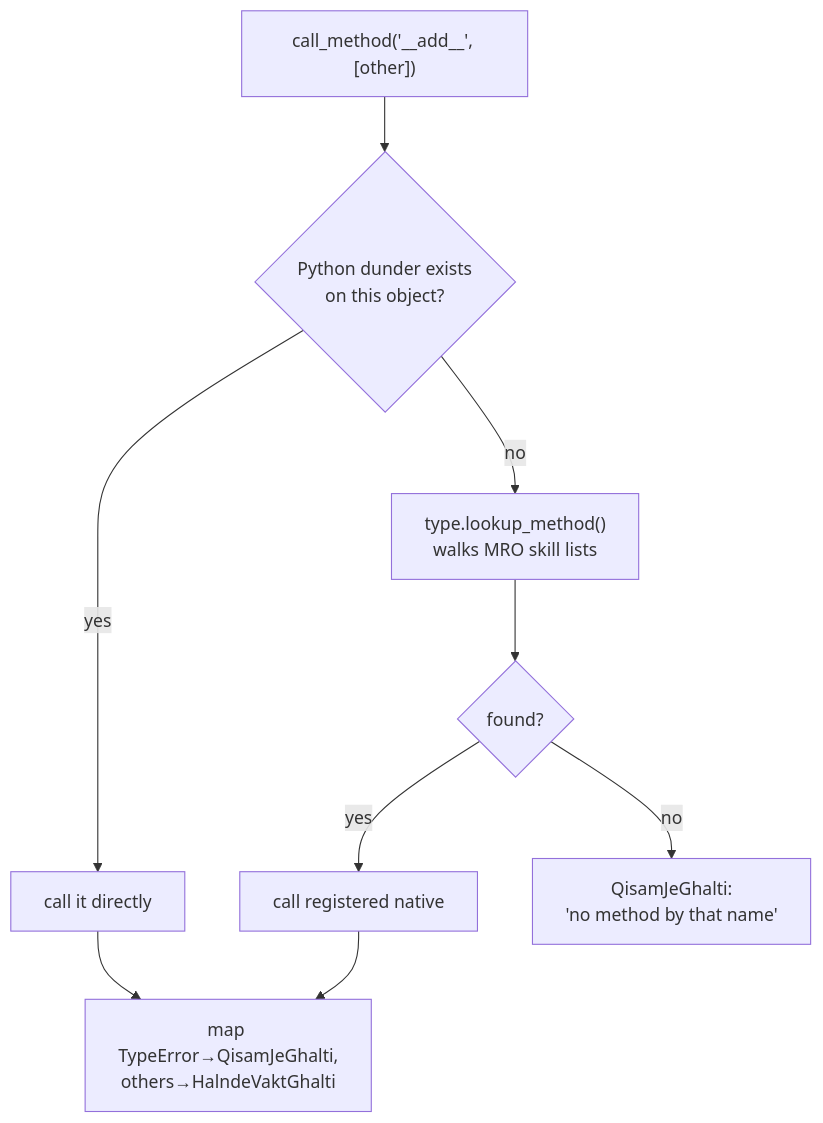
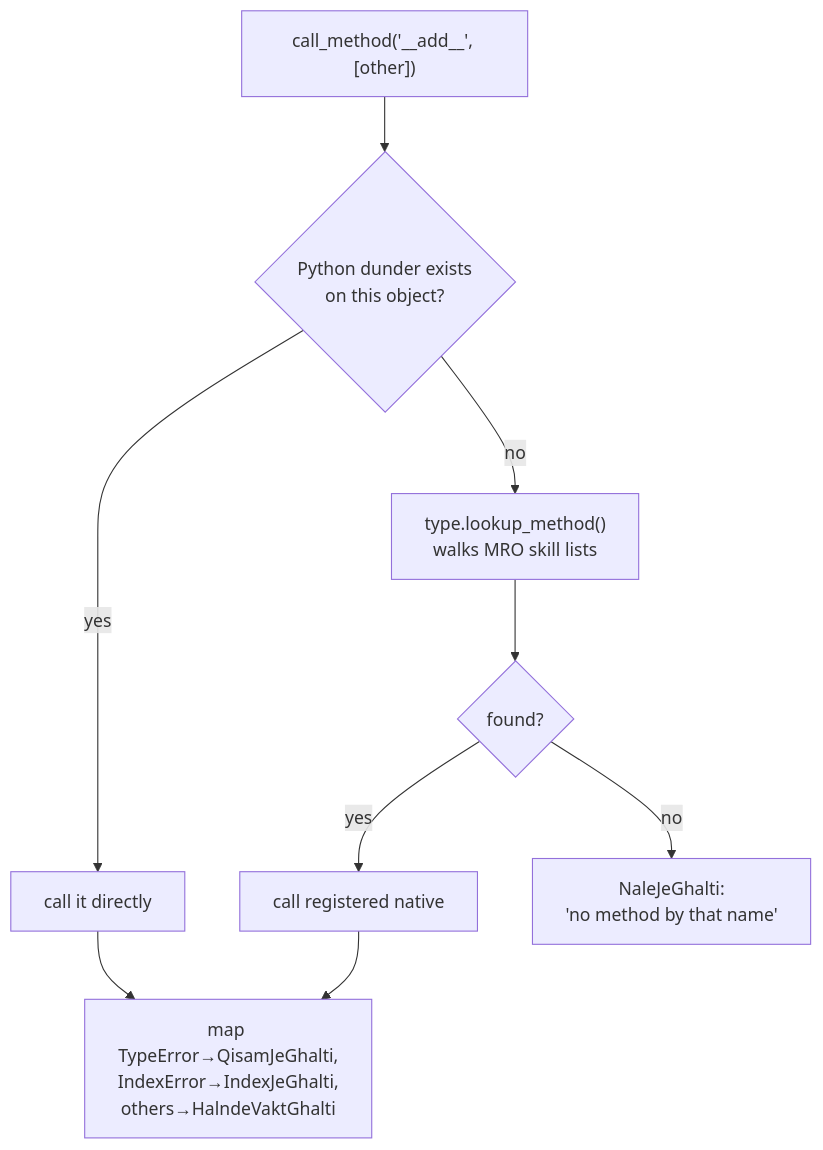
One commit to AmanatAliPanhwer/Sindlish changed the second of 2 diagrams in book/src/object-model.md. Above: the diagram before and after it, drawn with Mermaid. The commit also changed 7 other files, not shown here.

````diff
--- a/book/src/object-model.md
+++ b/book/src/object-model.md
@@ -42,11 +42,11 @@
 ```mermaid
 flowchart TD
     A["call_method('__add__', [other])"] --> B{"Python dunder exists<br>on this object?"}
     B -->|yes| C["call it directly"]
     B -->|no| D["type.lookup_method()<br>walks MRO skill lists"]
     D --> E{"found?"}
     E -->|yes| F["call registered native"]
-    E -->|no| G["QisamJeGhalti:<br>'no method by that name'"]
-    C --> H["map TypeError→QisamJeGhalti,<br>others→HalndeVaktGhalti"]
+    E -->|no| G["NaleJeGhalti:<br>'no method by that name'"]
+    C --> H["map TypeError→QisamJeGhalti,<br>IndexError→IndexJeGhalti,<br>others→HalndeVaktGhalti"]
     F --> H
 ```
````
